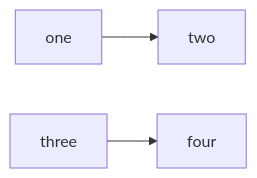
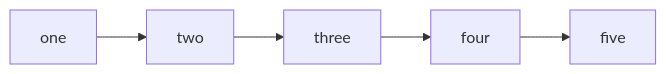
Before and after one commit to Irondog-Italy/mynotes: the diagram in othernotes.md, drawn with Mermaid.

````diff
--- a/othernotes.md
+++ b/othernotes.md
@@ -16,7 +16,9 @@
 ```mermaid
     flowchart LR
     one --> two
+    two --> three
     three --> four
+four --> five
 
     
 ```
````
